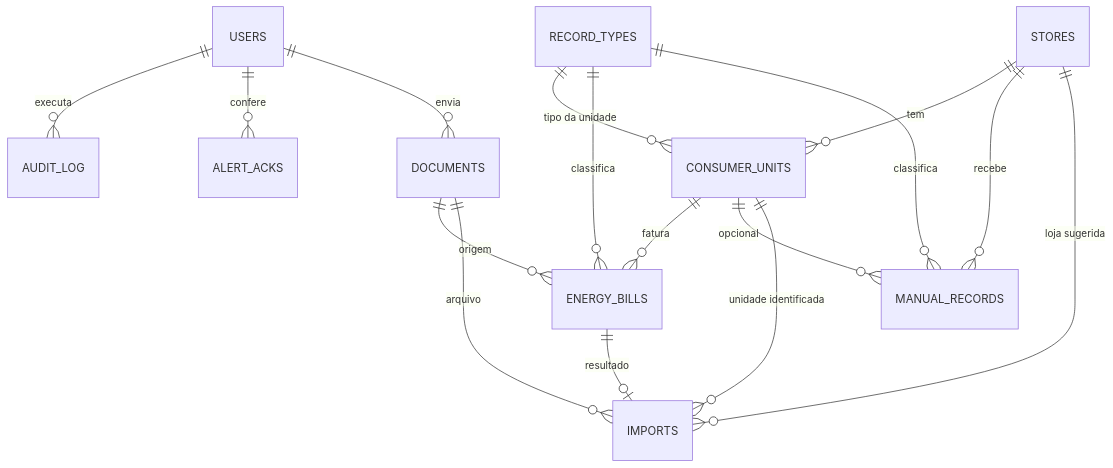
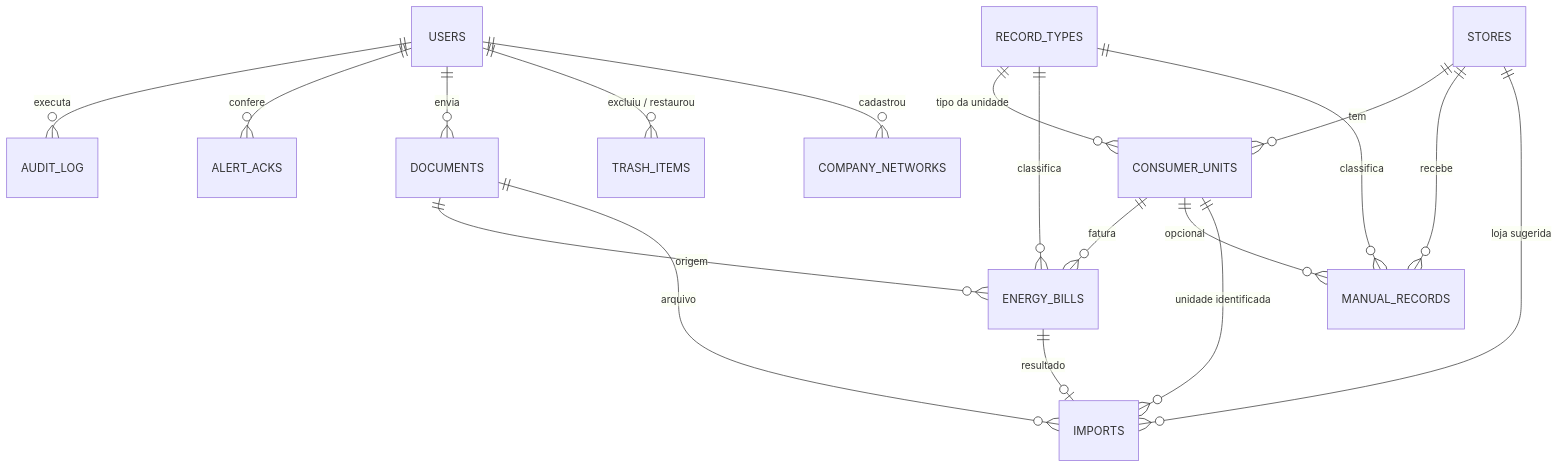
One commit to guiolindo/Agua-e-luz---economart changed the diagram in docs/database.md. Above: the diagram before and after it, drawn with Mermaid. The commit also changed other lines of this file and 9 other files, not shown here.

````diff
--- a/docs/database.md
+++ b/docs/database.md
@@ -26,18 +26,20 @@
 ```mermaid
 erDiagram
     STORES ||--o{ CONSUMER_UNITS : "tem"
     STORES ||--o{ MANUAL_RECORDS : "recebe"
     RECORD_TYPES ||--o{ CONSUMER_UNITS : "tipo da unidade"
     RECORD_TYPES ||--o{ ENERGY_BILLS : "classifica"
     RECORD_TYPES ||--o{ MANUAL_RECORDS : "classifica"
     CONSUMER_UNITS ||--o{ ENERGY_BILLS : "fatura"
     CONSUMER_UNITS ||--o{ MANUAL_RECORDS : "opcional"
     DOCUMENTS ||--o{ ENERGY_BILLS : "origem"
     DOCUMENTS ||--o{ IMPORTS : "arquivo"
     ENERGY_BILLS ||--o| IMPORTS : "resultado"
     CONSUMER_UNITS ||--o{ IMPORTS : "unidade identificada"
     STORES ||--o{ IMPORTS : "loja sugerida"
     USERS ||--o{ AUDIT_LOG : "executa"
     USERS ||--o{ ALERT_ACKS : "confere"
     USERS ||--o{ DOCUMENTS : "envia"
+    USERS ||--o{ TRASH_ITEMS : "excluiu / restaurou"
+    USERS ||--o{ COMPANY_NETWORKS : "cadastrou"
 ```
````
